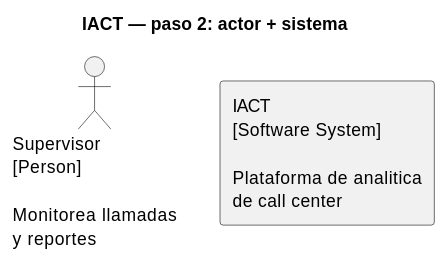
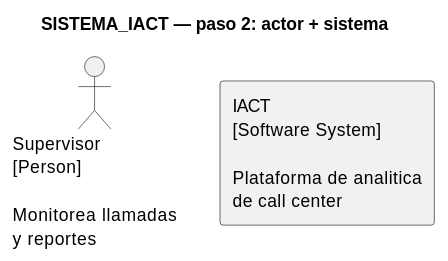
One commit to jcg-admin/IACT-docs changed the second of 3 diagrams in source/requisitos/_metodologia-aplicacion/diagramas-componentes/construccion-incremental-iact.rst. Above: the diagram before and after it, drawn with PlantUML. The commit also changed other lines of this file and 99 other files, not shown here.

First line of the commit message:
Fix ABREV_CORTA aliases in PlantUML blocks (97 files)

```diff
--- a/source/requisitos/_metodologia-aplicacion/diagramas-componentes/construccion-incremental-iact.rst
+++ b/source/requisitos/_metodologia-aplicacion/diagramas-componentes/construccion-incremental-iact.rst
@@ -16,9 +16,9 @@
 .. uml::
 
    @startuml
-   title IACT — paso 2: actor + sistema
+   title SISTEMA_IACT — paso 2: actor + sistema
 
    actor "Supervisor\n[Person]\n\nMonitorea llamadas\ny reportes" as Supervisor
 
-   rectangle "IACT\n[Software System]\n\nPlataforma de analitica\nde call center" as IACT
+   rectangle "IACT\n[Software System]\n\nPlataforma de analitica\nde call center" as SISTEMA_IACT
    @enduml
```
